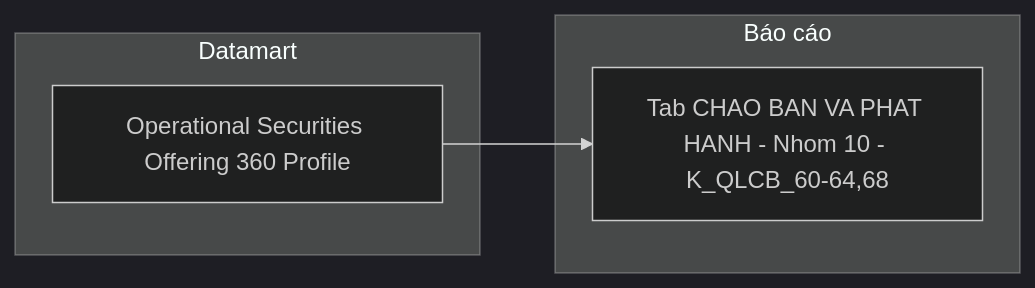
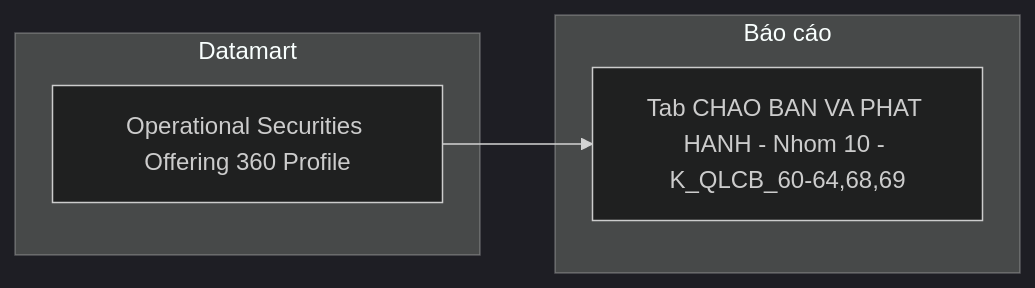
Before and after one commit to linhlvit/ubck_atomic_design: diagram 21 of 22 in Datamart/hld/DTM_QLCB_HLD.md, drawn with Mermaid (dark theme). The commit also changed other lines of this file and 9 other files, not shown here.

````diff
--- a/Datamart/hld/DTM_QLCB_HLD.md
+++ b/Datamart/hld/DTM_QLCB_HLD.md
@@ -1188,10 +1189,10 @@
 ```mermaid
 flowchart LR
     subgraph Datamart["Datamart"]
         G1["Operational Securities Offering 360 Profile"]
     end
     subgraph RPT["Báo cáo"]
-        R10["Tab CHAO BAN VA PHAT HANH - Nhom 10 - K_QLCB_60-64,68"]
+        R10["Tab CHAO BAN VA PHAT HANH - Nhom 10 - K_QLCB_60-64,68,69"]
     end
     G1 --> R10
 ```
````
